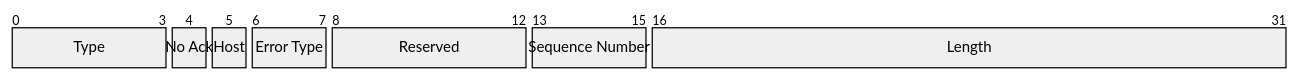
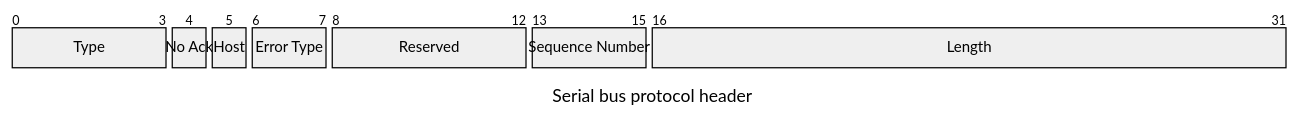
Before and after one commit to mjaakkol/embedded80211_serial: the diagram in README.md, drawn with Mermaid. The commit also changed 1 other file, not shown here.

Commit message:
added link-layer documentation

````diff
--- a/README.md
+++ b/README.md
@@ -26,10 +26,13 @@
 ```mermaid
-packet
-0-3: "Type"
-4: "No Ack"
-5: "Host"
-6-7: "Error Type"
-8-12: "Reserved"
-13-15: "Sequence Number"
-16-31: "Length"
+---
+title: "Serial bus protocol header"
+---
+packet-beta
+    0-3: "Type"
+    4: "No Ack"
+    5: "Host"
+    6-7: "Error Type"
+    8-12: "Reserved"
+    13-15: "Sequence Number"
+    16-31: "Length"
 ```
````
